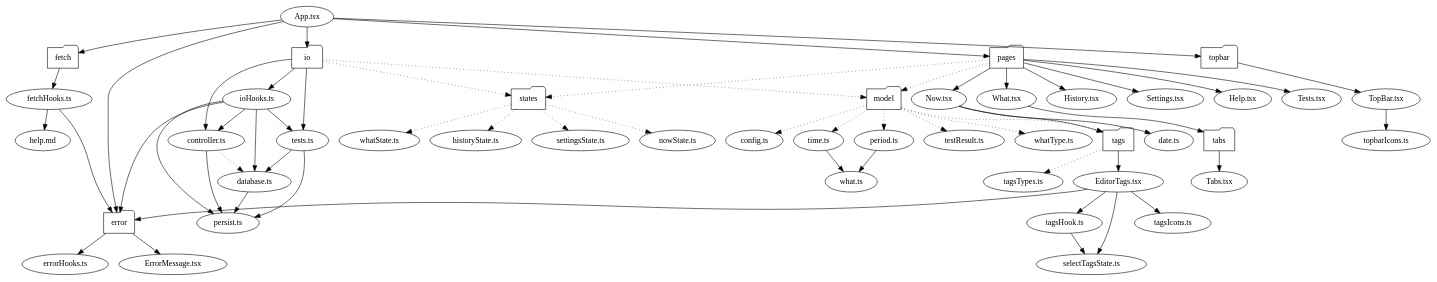
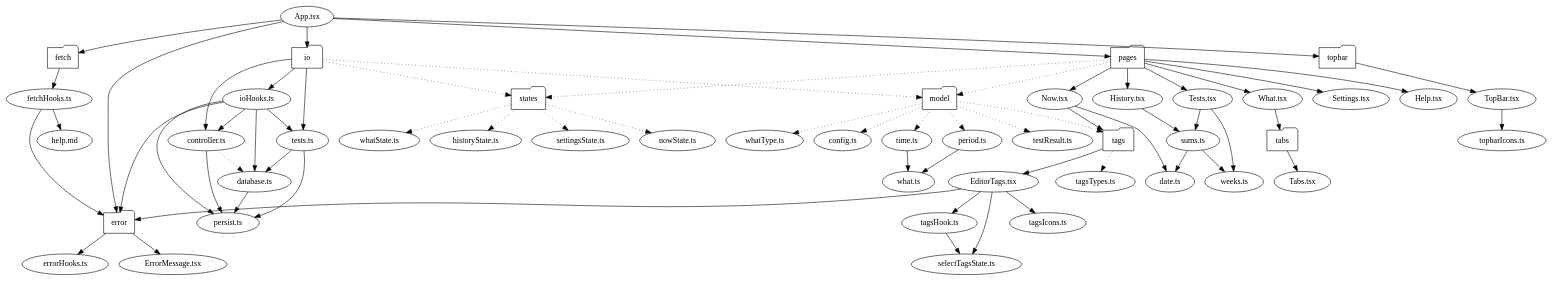
One commit to cwellsx/time changed the diagram in dependencies/dependencies.dot. Above: the diagram before and after it, drawn with Graphviz. The commit also changed 12 other files, not shown here.

```diff
--- a/dependencies/dependencies.dot
+++ b/dependencies/dependencies.dot
@@ -1,68 +1,69 @@
 digraph SRC {
   "App.tsx" -> {"error" "fetch" "io" "pages" "topbar"};
 
   "error" [shape=folder];
   "fetch" [shape=folder];
   "io" [shape=folder];
   "model" [shape=folder];
   "pages" [shape=folder];
   "states" [shape=folder];
   "tabs" [shape=folder];
   "tags" [shape=folder];
   "topbar" [shape=folder];
   
   "error" -> {"ErrorMessage.tsx" "errorHooks.ts"};
   "ErrorMessage.tsx" -> {};
   "errorHooks.ts" -> {};
 
   "fetch" -> {"fetchHooks.ts"};
   "fetchHooks.ts" -> {"error" "help.md"}
   "help.md" -> {}
 
   "io" -> {"controller.ts" "ioHooks.ts" "tests.ts"};
   "io" -> {"model" "states"} [style=dotted];
   "controller.ts" -> {"persist.ts"};
   "controller.ts" -> {"database.ts"} [style=dotted];
   "database.ts" -> {"persist.ts"};
   "ioHooks.ts" -> {"controller.ts" "database.ts" "persist.ts" "tests.ts" "error"};
   "tests.ts" -> {"database.ts" "persist.ts"};
   "persist.ts" -> {}
 
   "model" -> {"config.ts" "period.ts" "testResult.ts" "time.ts" "tags" "whatType.ts"} [style=dotted];
   "config.ts" -> {};
   "period.ts" -> {"what.ts"};
   "testResult.ts" -> {};
   "time.ts" -> {"what.ts"};
   "what.ts" -> {};
   "whatType.ts" -> {};
 
   "pages" -> {"Now.tsx" "What.tsx" "History.tsx" "Settings.tsx" "Help.tsx" "Tests.tsx"};
   "pages" -> {"model" "states"} [style=dotted];
   "date.ts" -> {};
   "Now.tsx" -> {"date.ts" "tags"};
   "What.tsx" -> {"tabs"};
-  "History.tsx" -> {};
+  "History.tsx" -> {"sums.ts"};
   "Settings.tsx" -> {};
   "Help.tsx" -> {};
-  "Tests.tsx" -> {};
+  "Tests.tsx" -> {"weeks.ts" "sums.ts"};
+  "sums.ts" -> {"weeks.ts" "date.ts"};
 
   "states" -> {"nowState.ts" "whatState.ts" "historyState.ts" "settingsState.ts"} [style=dotted];
   "nowState.ts" -> {};
   "whatState.ts" -> {};
   "historyState.ts" -> {};
   "settingsState.ts" -> {};
 
   "tabs" -> {"Tabs.tsx"};
   "Tabs.tsx" -> {};
 
   "tags" -> {"EditorTags.tsx"};
   "tags" -> {"tagsTypes.ts"} [style=dotted];
   "EditorTags.tsx" -> {"error" "selectTagsState.ts" "tagsHook.ts" "tagsIcons.ts"};
   "tagsHook.ts" -> {"selectTagsState.ts"};
   "tagsIcons.ts" -> {};
   "tagsTypes.ts" -> {};
 
   "topbar" -> {"TopBar.tsx"};
   "TopBar.tsx" -> {"topbarIcons.ts"};
   "topbarIcons.ts" -> {};
 }
```
